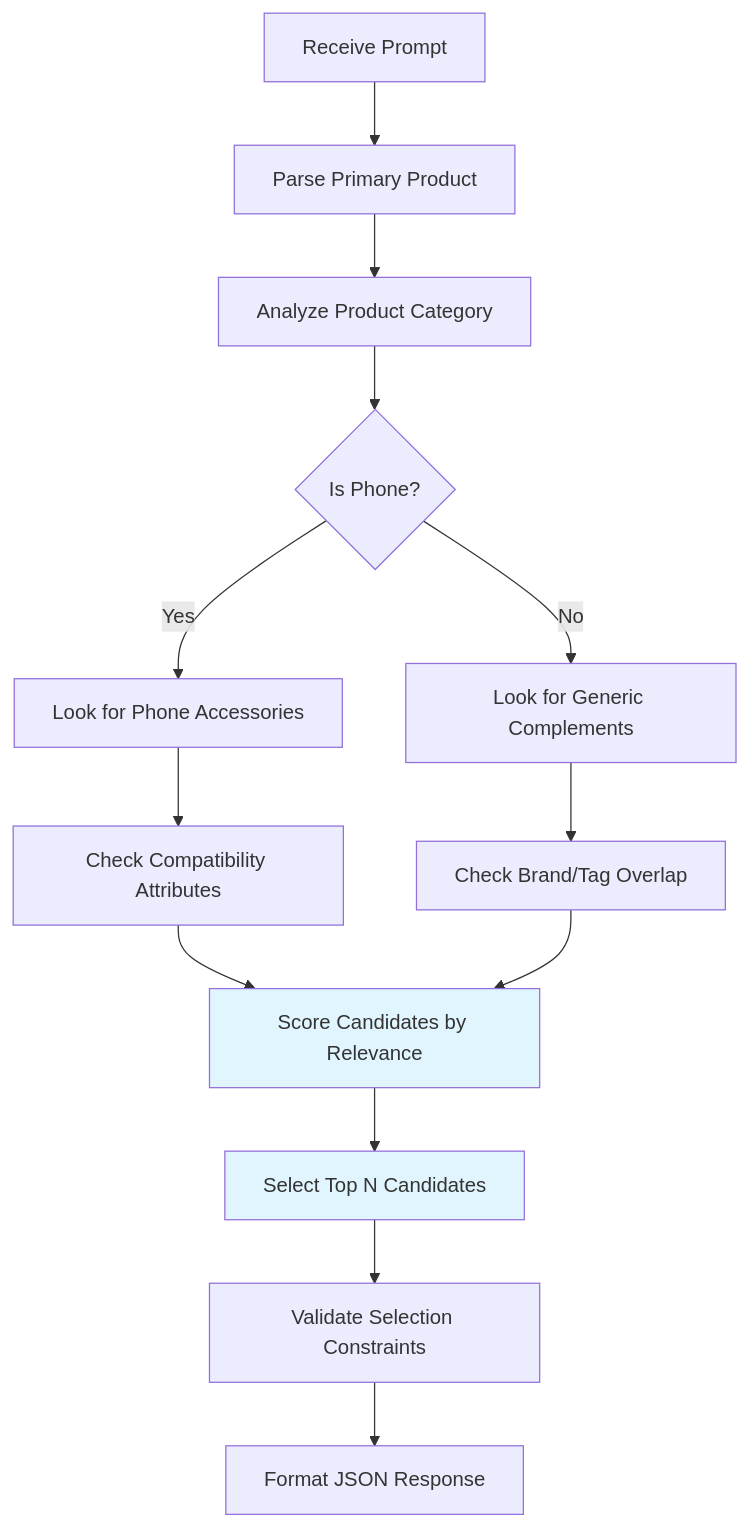
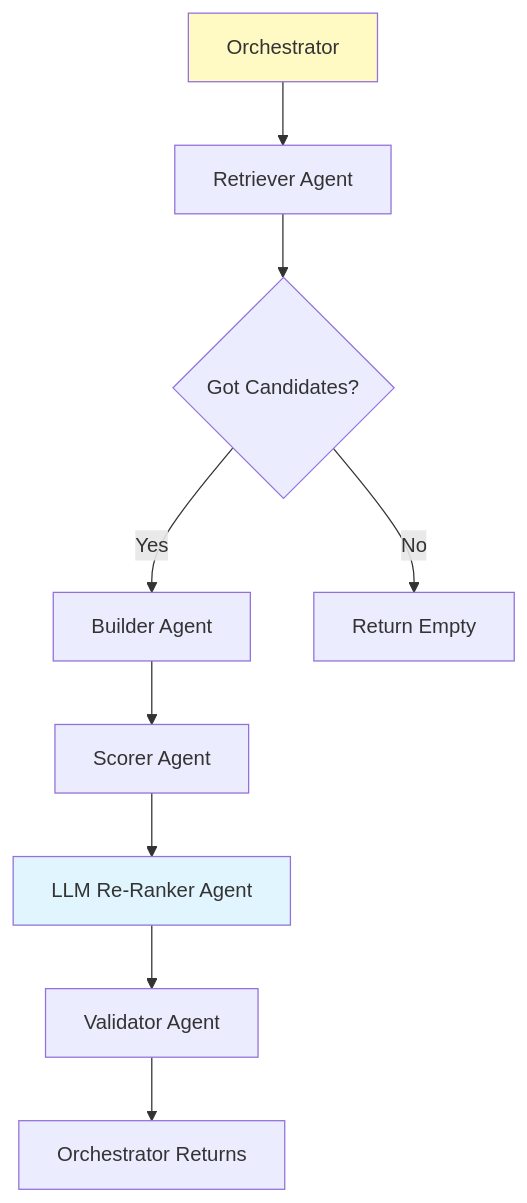
The second of 3 diagrams in documents/agent_logic.md (kumarojjaDev/Recommendation_agent_python), drawn with Mermaid before and after one commit. The commit also changed other lines of this file and 2 other files, not shown here.

Commit message:
docs: Add comprehensive project README detailing refactor changes and new AI agent logic documentation, and update dependencies.

````diff
--- a/documents/agent_logic.md
+++ b/documents/agent_logic.md
@@ -87,22 +87,16 @@
 ```mermaid
 flowchart TD
-    A[Receive Prompt] --> B[Parse Primary Product]
-    B --> C[Analyze Product Category]
-    C --> D{Is Phone?}
+    A[Orchestrator] --> B[Retriever Agent]
+    B --> C{Got Candidates?}
+    
+    C -->|Yes| D[Builder Agent]
+    C -->|No| E[Return Empty]
 
-    D -->|Yes| E[Look for Phone Accessories]
-    D -->|No| F[Look for Generic Complements]
+    D --> F[Scorer Agent]
+    F --> G[LLM Re-Ranker Agent]
+    G --> H[Validator Agent]
+    H --> I[Orchestrator Returns]
 
-    E --> G[Check Compatibility Attributes]
-    F --> H[Check Brand/Tag Overlap]
-
-    G --> I[Score Candidates by Relevance]
-    H --> I
-
-    I --> J[Select Top N Candidates]
-    J --> K[Validate Selection Constraints]
-    K --> L[Format JSON Response]
-
-    style I fill:#e1f5fe
-    style J fill:#e1f5fe
+    style G fill:#e1f5fe
+    style A fill:#fff9c4
 ```
````
